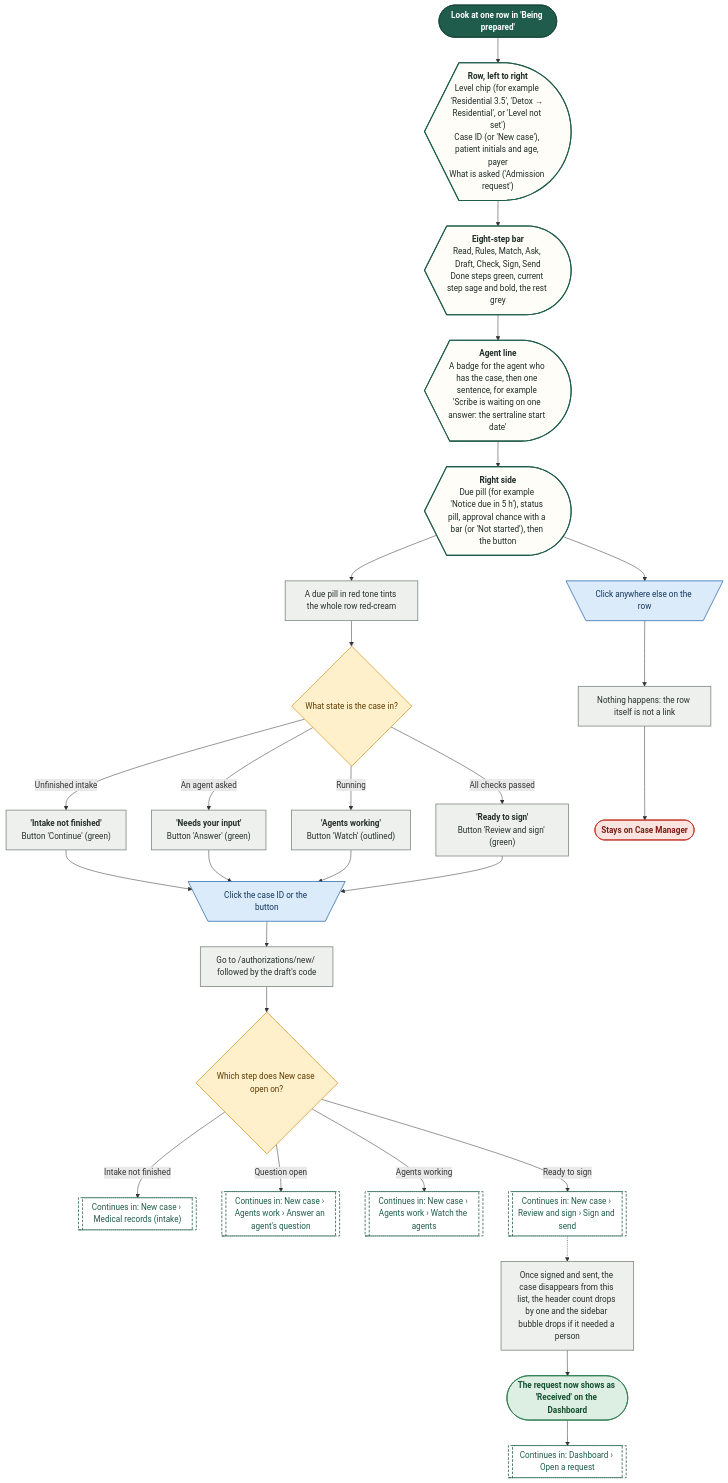
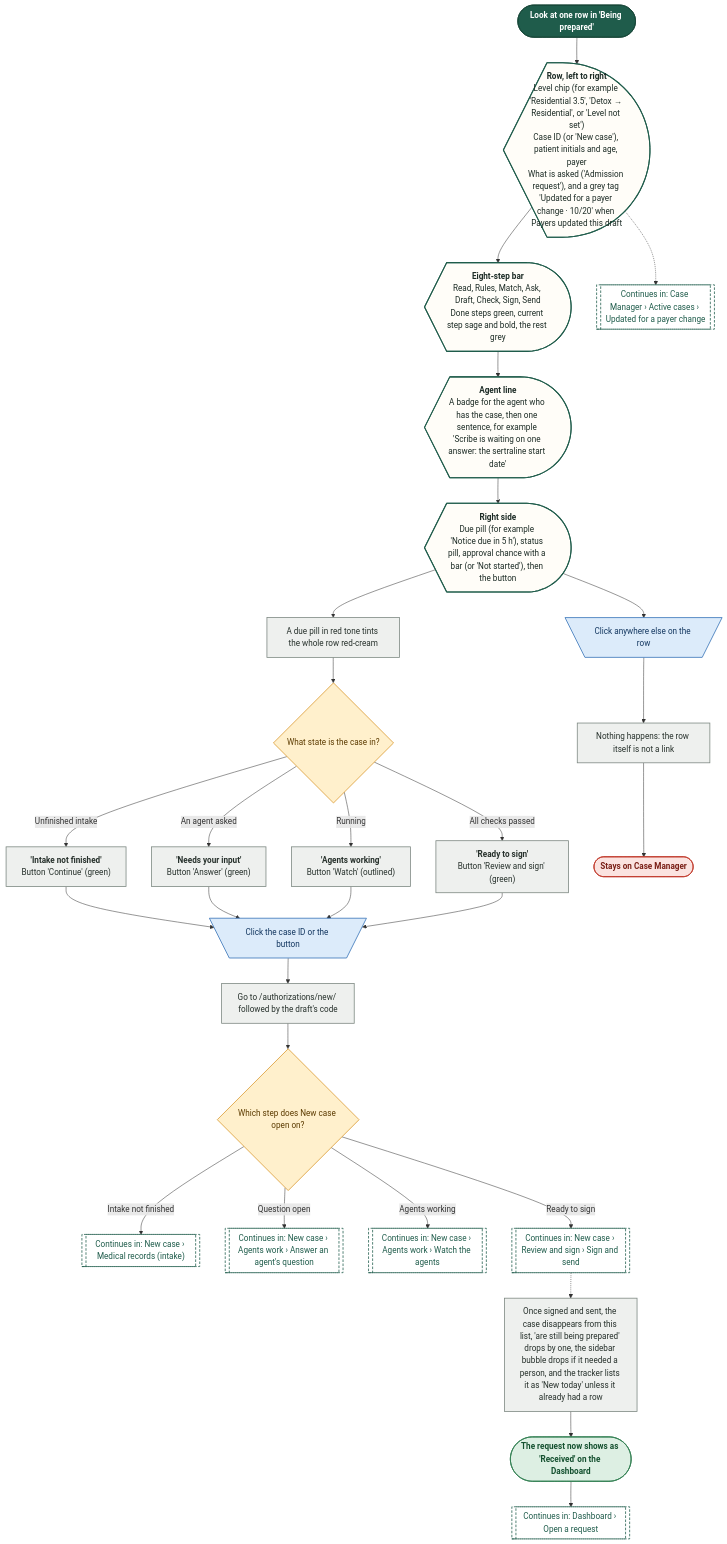
The fourth of 21 diagrams in demos/prior-auth-demo/workflows/out/md/07-case-manager.md (Shrav143/psyfloapp), drawn with Mermaid before and after one commit. The commit also changed other lines of this file and 195 other files, not shown here.

First line of the commit message:
docs: Rebuild workflow diagrams after the demo fixes (220 diagrams)

````diff
--- a/demos/prior-auth-demo/workflows/out/md/07-case-manager.md
+++ b/demos/prior-auth-demo/workflows/out/md/07-case-manager.md
@@ -246,65 +254,67 @@
 ```mermaid
 %%{init: {"theme":"base","themeVariables":{"fontFamily":"'DM Sans', 'Segoe UI', system-ui, sans-serif","fontSize":"15px","lineColor":"#5B6B63","primaryTextColor":"#1C2B25","clusterBkg":"#FBF8F3","clusterBorder":"#D9CDBB","edgeLabelBackground":"#FFFFFF"},"flowchart":{"curve":"basis","nodeSpacing":36,"rankSpacing":48,"padding":12,"htmlLabels":true,"useMaxWidth":false,"wrappingWidth":230}} }%%
 flowchart TD
   classDef k_start fill:#1F5C4B,stroke:#174638,color:#FFFFFF,stroke-width:1.5px,font-weight:600
   classDef k_end fill:#DDEFE3,stroke:#2E7D4F,color:#14502F,stroke-width:1.5px,font-weight:600
   classDef k_endx fill:#FBE3E0,stroke:#C0392B,color:#7A1F16,stroke-width:1.5px,font-weight:600
   classDef k_screen fill:#FFFDF8,stroke:#1F5C4B,color:#1C2B25,stroke-width:2px
   classDef k_overlay fill:#F1F7F3,stroke:#1F5C4B,color:#1C2B25,stroke-width:2px,stroke-dasharray:5 3
   classDef k_click fill:#DCEBFA,stroke:#2F6DB5,color:#12365F,stroke-width:1.5px
   classDef k_input fill:#E4E7FF,stroke:#4C5FD5,color:#1D2670,stroke-width:1.5px
   classDef k_process fill:#EEF0EE,stroke:#7A857F,color:#26302B,stroke-width:1.5px
   classDef k_agent fill:#EEE5FA,stroke:#7A4FC2,color:#341A63,stroke-width:1.5px
   classDef k_decision fill:#FFF0CC,stroke:#D9962B,color:#5C3B00,stroke-width:1.5px
   classDef k_store fill:#D5F0EA,stroke:#1C8E7B,color:#0B4A3F,stroke-width:1.5px
   classDef k_doc fill:#F6E9DC,stroke:#B07A4C,color:#4A2E14,stroke-width:1.5px
   classDef k_ext fill:#FFE6D2,stroke:#E07B39,color:#6B2F06,stroke-width:1.5px
   classDef k_wait fill:#E4E8EE,stroke:#6B7C93,color:#26303D,stroke-width:1.5px
   classDef k_toast fill:#FFF9DB,stroke:#C9A400,color:#5A4A00,stroke-width:1.5px
   classDef k_goto fill:#FFFFFF,stroke:#1F5C4B,color:#1F5C4B,stroke-width:1.5px,stroke-dasharray:5 3
   s1@{ shape: stadium, label: "Look at one row in 'Being prepared'" }
-  r1@{ shape: curv-trap, label: "<b>Row, left to right</b><br/>Level chip (for example 'Residential 3.5', 'Detox → Residential', or 'Level not set')<br/>Case ID (or 'New case'), patient initials and age, payer<br/>What is asked ('Admission request')" }
+  r1@{ shape: curv-trap, label: "<b>Row, left to right</b><br/>Level chip (for example 'Residential 3.5', 'Detox → Residential', or 'Level not set')<br/>Case ID (or 'New case'), patient initials and age, payer<br/>What is asked ('Admission request'), and a grey tag 'Updated for a payer change · 10/20' when Payers updated this draft" }
   r2@{ shape: curv-trap, label: "<b>Eight-step bar</b><br/>Read, Rules, Match, Ask, Draft, Check, Sign, Send<br/>Done steps green, current step sage and bold, the rest grey" }
   r3@{ shape: curv-trap, label: "<b>Agent line</b><br/>A badge for the agent who has the case, then one sentence, for example 'Scribe is waiting on one answer: the sertraline start date'" }
   r4@{ shape: curv-trap, label: "<b>Right side</b><br/>Due pill (for example 'Notice due in 5 h'), status pill, approval chance with a bar (or 'Not started'), then the button" }
   p0@{ shape: rect, label: "A due pill in red tone tints the whole row red-cream" }
   d1@{ shape: diam, label: "What state is the case in?" }
   t1@{ shape: rect, label: "<b>'Intake not finished'</b><br/>Button 'Continue' (green)" }
   t2@{ shape: rect, label: "<b>'Needs your input'</b><br/>Button 'Answer' (green)" }
   t3@{ shape: rect, label: "<b>'Agents working'</b><br/>Button 'Watch' (outlined)" }
   t4@{ shape: rect, label: "<b>'Ready to sign'</b><br/>Button 'Review and sign' (green)" }
   c1@{ shape: trap-t, label: "Click the case ID or the button" }
   p1@{ shape: rect, label: "Go to /authorizations/new/ followed by the draft's code" }
   d2@{ shape: diam, label: "Which step does New case open on?" }
   g1@{ shape: subproc, label: "Continues in: New case › Medical records (intake)" }
   g2@{ shape: subproc, label: "Continues in: New case › Agents work › Answer an agent's question" }
   g3@{ shape: subproc, label: "Continues in: New case › Agents work › Watch the agents" }
   g4@{ shape: subproc, label: "Continues in: New case › Review and sign › Sign and send" }
   c2@{ shape: trap-t, label: "Click anywhere else on the row" }
   p2@{ shape: rect, label: "Nothing happens: the row itself is not a link" }
   e1@{ shape: stadium, label: "Stays on Case Manager" }
-  p3@{ shape: rect, label: "Once signed and sent, the case disappears from this list, the header count drops by one and the sidebar bubble drops if it needed a person" }
+  p3@{ shape: rect, label: "Once signed and sent, the case disappears from this list, 'are still being prepared' drops by one, the sidebar bubble drops if it needed a person, and the tracker lists it as 'New today' unless it already had a row" }
   e2@{ shape: stadium, label: "The request now shows as 'Received' on the Dashboard" }
   g5@{ shape: subproc, label: "Continues in: Dashboard › Open a request" }
+  g6@{ shape: subproc, label: "Continues in: Case Manager › Active cases › Updated for a payer change" }
   s1 --> r1 --> r2 --> r3 --> r4 --> p0 --> d1
   d1 -->|"Unfinished intake"| t1
   d1 -->|"An agent asked"| t2
   d1 -->|"Running"| t3
   d1 -->|"All checks passed"| t4
   t1 & t2 & t3 & t4 --> c1 --> p1 --> d2
   d2 -->|"Intake not finished"| g1
   d2 -->|"Question open"| g2
   d2 -->|"Agents working"| g3
   d2 -->|"Ready to sign"| g4
   g4 -.-> p3
   r4 --> c2 --> p2 --> e1
+  r1 -.-> g6
   p3 --> e2 --> g5
   class s1 k_start
   class r1,r2,r3,r4 k_screen
   class p0,t1,t2,t3,t4,p1,p2,p3 k_process
   class d1,d2 k_decision
   class c1,c2 k_click
-  class g1,g2,g3,g4,g5 k_goto
+  class g1,g2,g3,g4,g5,g6 k_goto
   class e1 k_endx
   class e2 k_end
 ```
````
